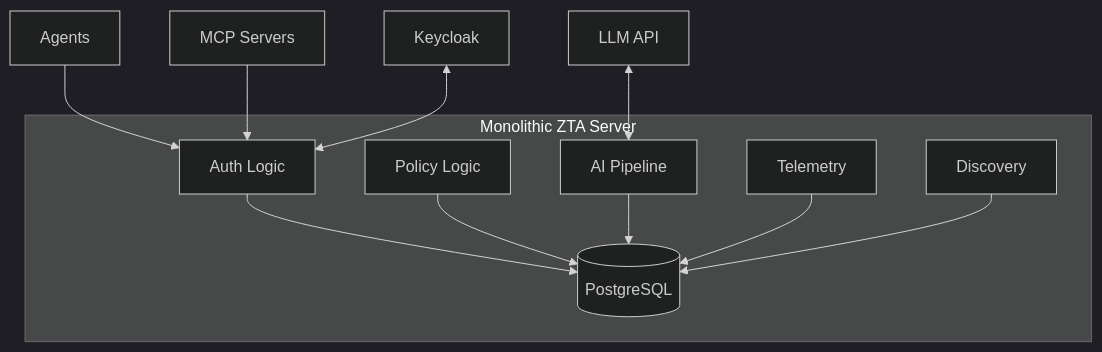
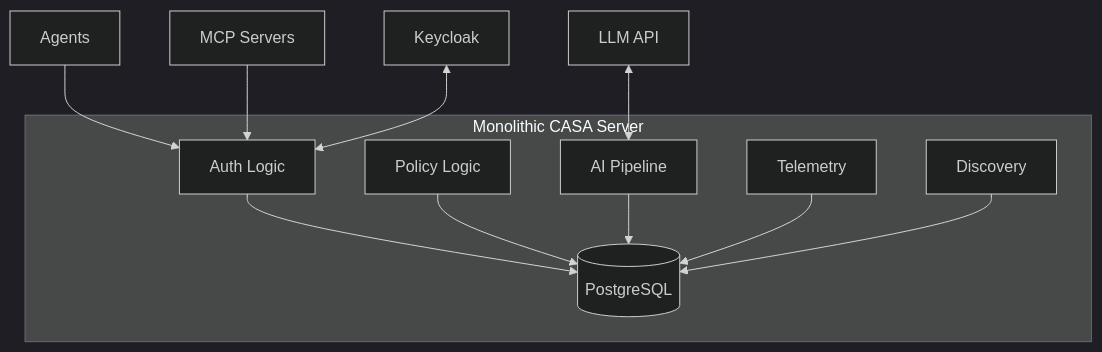
Diagram 14 of 16 in contrib/wip/it1/SPECS.md (outshift-open/CASA), drawn with Mermaid (dark theme) before and after one commit. The commit also changed other lines of this file and 294 other files, not shown here.

Commit message:
feat: Rename from ZTA to CASA

````diff
--- a/contrib/wip/it1/SPECS.md
+++ b/contrib/wip/it1/SPECS.md
@@ -7826,21 +7826,21 @@
 ```mermaid
 graph TB
-    subgraph "Monolithic ZTA Server"
+    subgraph "Monolithic CASA Server"
         AUTH[Auth Logic]
         POLICY[Policy Logic]
         AI[AI Pipeline]
         TELEM[Telemetry]
         DISC[Discovery]
 
         AUTH --> SHARED_DB[(PostgreSQL)]
         POLICY --> SHARED_DB
         AI --> SHARED_DB
         TELEM --> SHARED_DB
         DISC --> SHARED_DB
     end
 
     AGENTS[Agents] --> AUTH
     MCP[MCP Servers] --> AUTH
     KC[Keycloak] <--> AUTH
     LLM[LLM API] <--> AI
 ```
````
